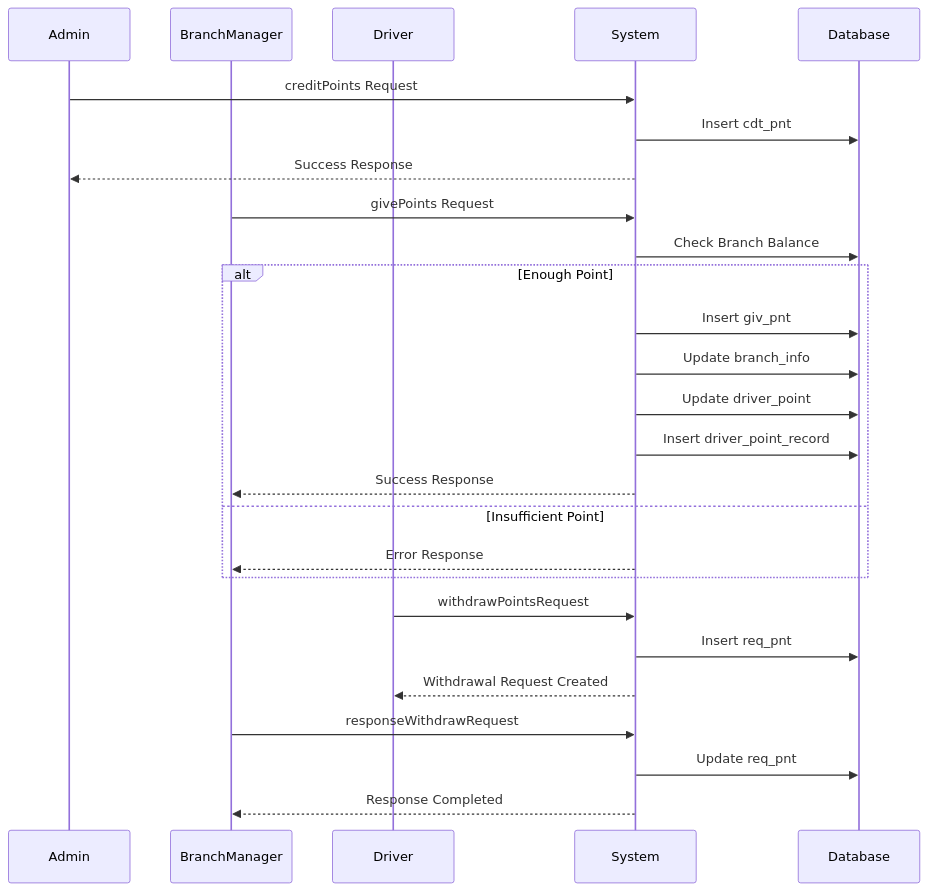
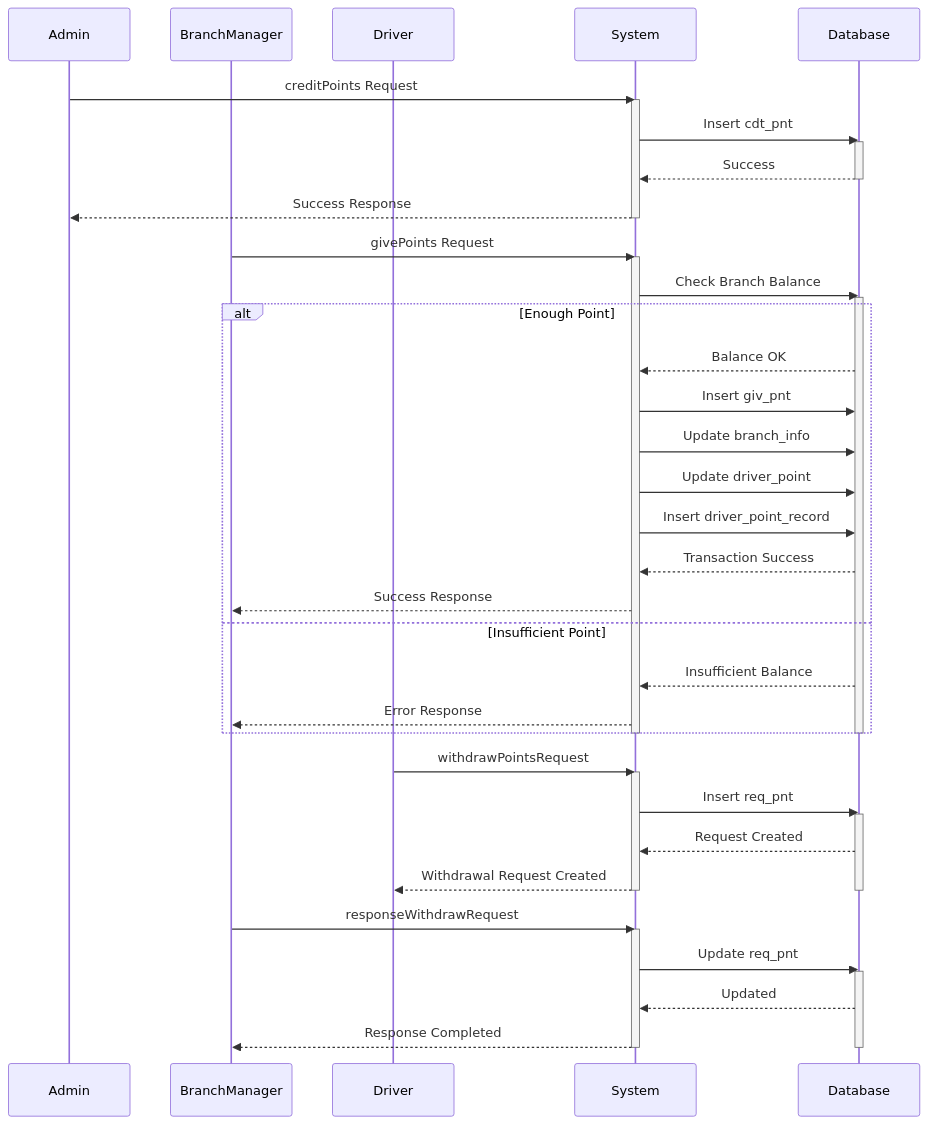
One commit to KSW-IT/point-flow-documentation changed the sixth of 6 diagrams in Point_Flow.md. Above: the diagram before and after it, drawn with Mermaid. The commit also changed other lines of this file, not shown here.

````diff
--- a/Point_Flow.md
+++ b/Point_Flow.md
@@ -339,49 +383,76 @@
 ```mermaid
 sequenceDiagram
 
     participant Admin
     participant BranchManager
     participant Driver
     participant System
     participant Database
 
     Admin->>System: creditPoints Request
+    activate System
 
     System->>Database: Insert cdt_pnt
+    activate Database
+    Database-->>System: Success
+    deactivate Database
 
     System-->>Admin: Success Response
+    deactivate System
 
     BranchManager->>System: givePoints Request
+    activate System
 
     System->>Database: Check Branch Balance
+    activate Database
 
     alt Enough Point
 
+        Database-->>System: Balance OK
+
         System->>Database: Insert giv_pnt
+        System->>Database: Update branch_info
+        System->>Database: Update driver_point
+        System->>Database: Insert driver_point_record
 
-        System->>Database: Update branch_info
-
-        System->>Database: Update driver_point
-
-        System->>Database: Insert driver_point_record
+        Database-->>System: Transaction Success
 
         System-->>BranchManager: Success Response
 
     else Insufficient Point
 
+        Database-->>System: Insufficient Balance
+
         System-->>BranchManager: Error Response
 
     end
 
+    deactivate Database
+    deactivate System
+
     Driver->>System: withdrawPointsRequest
+    activate System
 
     System->>Database: Insert req_pnt
+    activate Database
+
+    Database-->>System: Request Created
 
     System-->>Driver: Withdrawal Request Created
 
+    deactivate Database
+    deactivate System
+
     BranchManager->>System: responseWithdrawRequest
+    activate System
 
     System->>Database: Update req_pnt
+    activate Database
+
+    Database-->>System: Updated
 
     System-->>BranchManager: Response Completed
+
+    deactivate Database
+    deactivate System
 ```
````
